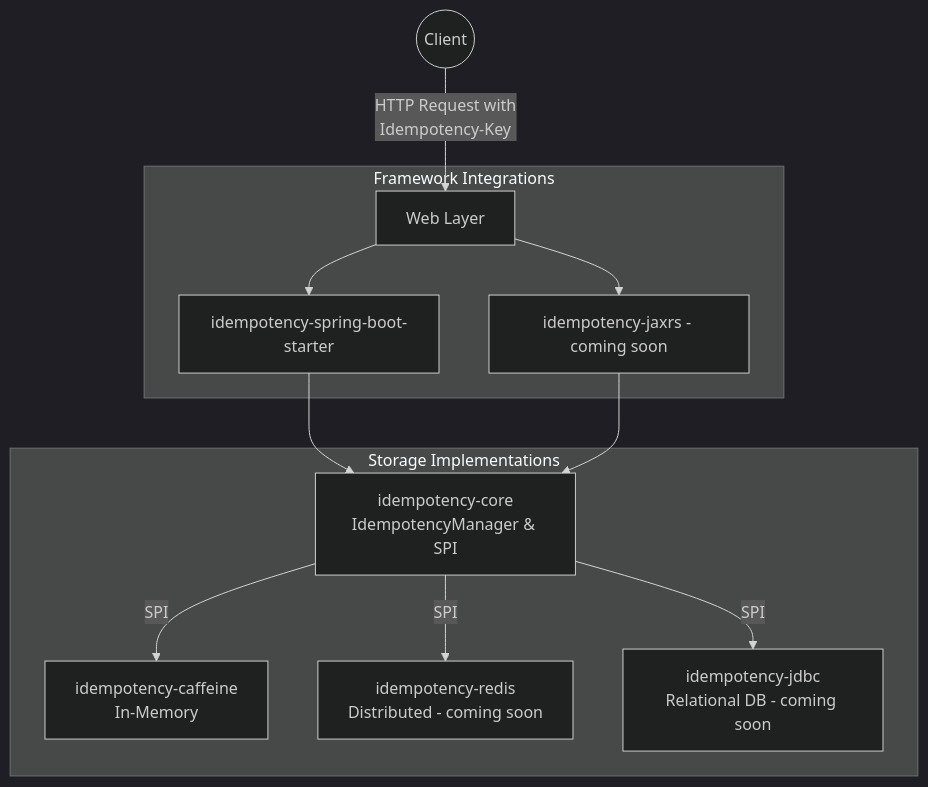
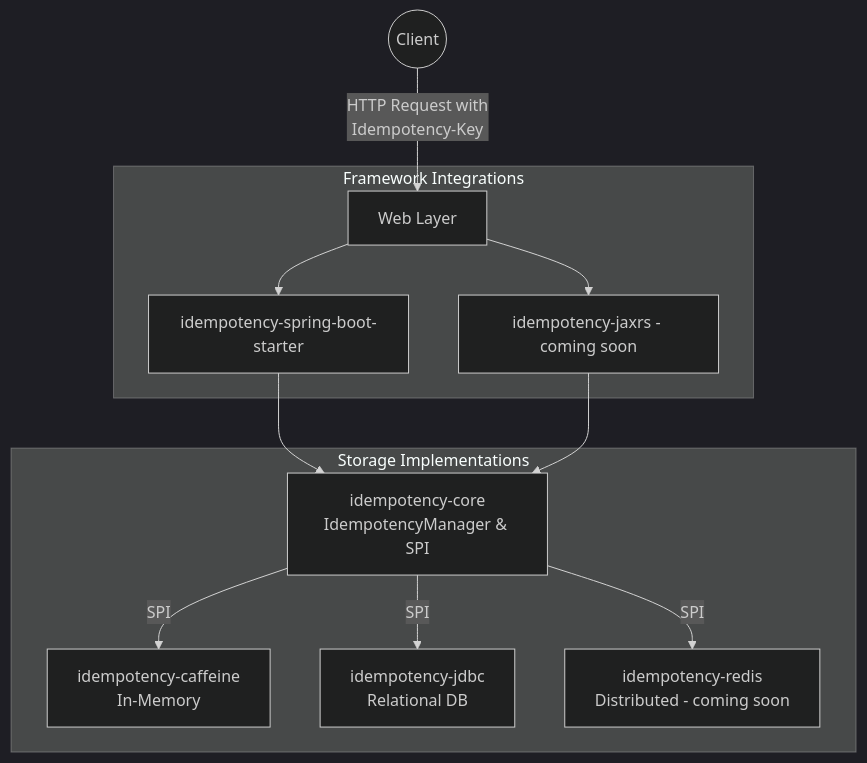
One commit to ravocode/AvoOnce changed the diagram in README.md. Above: the diagram before and after it, drawn with Mermaid (dark theme). The commit also changed other lines of this file and 10 other files, not shown here.

````diff
--- a/README.md
+++ b/README.md
@@ -114,18 +114,18 @@
 ```mermaid
 graph TD
     Client((Client)) -->|HTTP Request with<br/>Idempotency-Key| Web[Web Layer]
     
     subgraph Framework Integrations
         Web --> SB[idempotency-spring-boot-starter]
         Web --> JAX[idempotency-jaxrs - coming soon]
     end
     
     SB --> Core[idempotency-core<br/>IdempotencyManager & SPI]
     JAX --> Core
     
     subgraph Storage Implementations
         Core -->|SPI| Caff[idempotency-caffeine<br/>In-Memory]
+        Core -->|SPI| JDBC[idempotency-jdbc<br/>Relational DB]
         Core -->|SPI| Red[idempotency-redis<br/>Distributed - coming soon]
-        Core -->|SPI| JDBC[idempotency-jdbc<br/>Relational DB - coming soon]
     end
 ```
````
